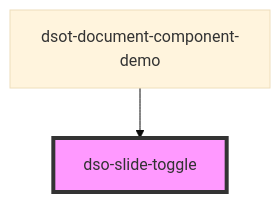
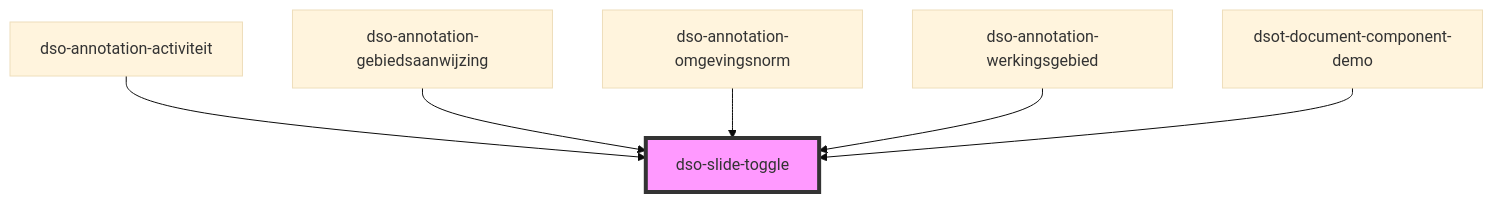
The diagram in packages/core/src/components/slide-toggle/readme.md (dso-toolkit/dso-toolkit), drawn with Mermaid (base theme) before and after one commit. The commit also changed other lines of this file and 39 other files, not shown here.

````diff
--- a/packages/core/src/components/slide-toggle/readme.md
+++ b/packages/core/src/components/slide-toggle/readme.md
@@ -33,5 +37,9 @@
 ```mermaid
 graph TD;
+  dso-annotation-activiteit --> dso-slide-toggle
+  dso-annotation-gebiedsaanwijzing --> dso-slide-toggle
+  dso-annotation-omgevingsnorm --> dso-slide-toggle
+  dso-annotation-werkingsgebied --> dso-slide-toggle
   dsot-document-component-demo --> dso-slide-toggle
   style dso-slide-toggle fill:#f9f,stroke:#333,stroke-width:4px
 ```
````
